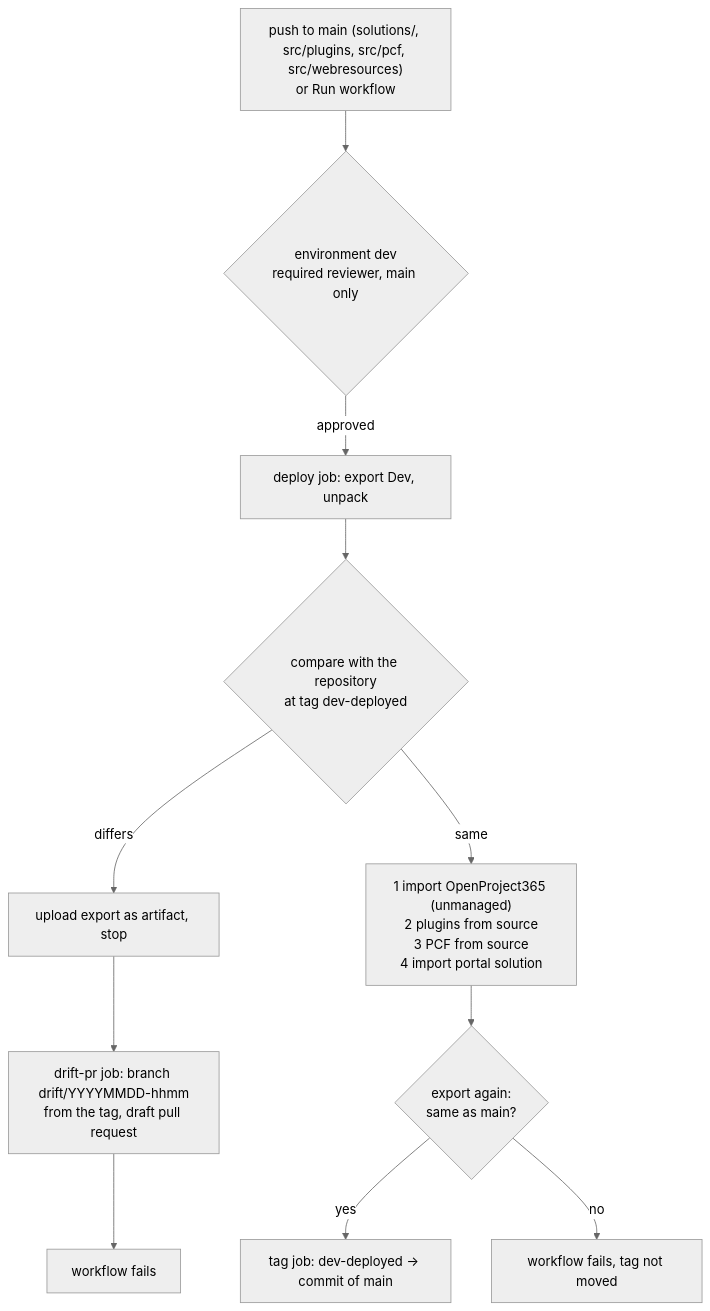
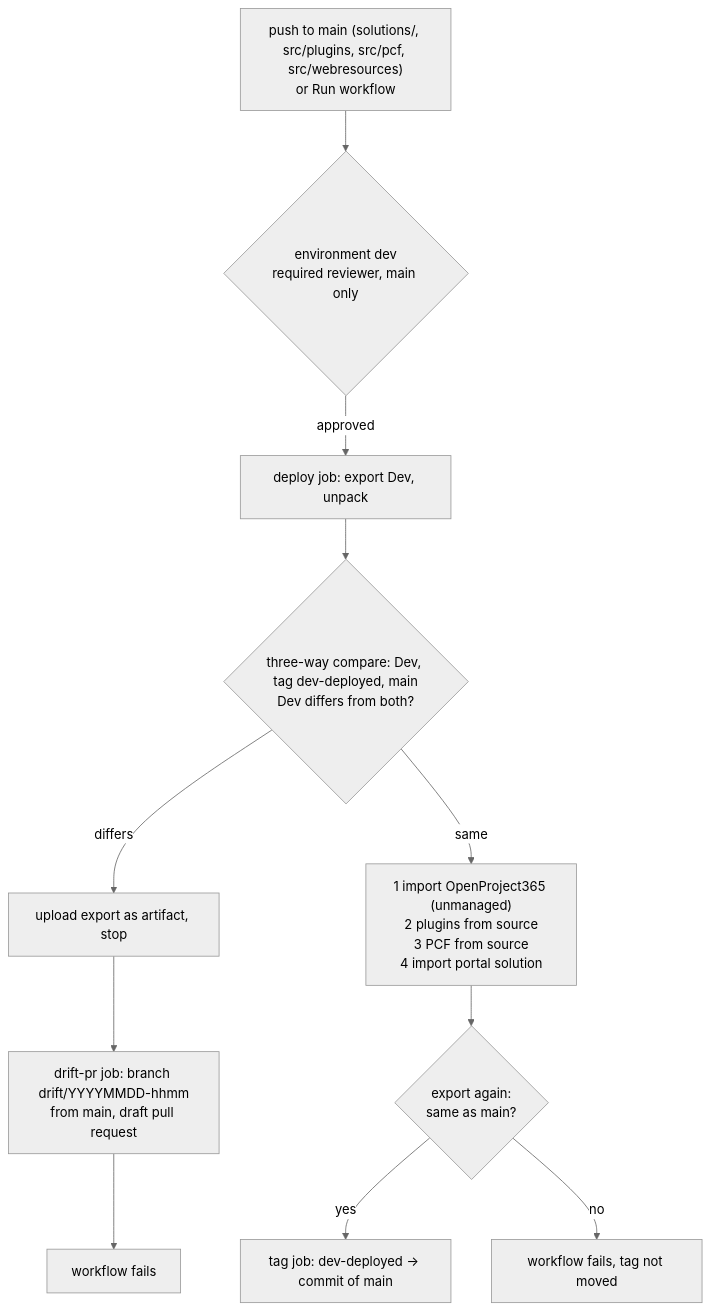
The diagram in docs/adr/0002-deploy-dev.md (Power-Builders-Italia/ProjectIQ), drawn with Mermaid (neutral theme) before and after one commit. The commit also changed other lines of this file and 4 other files, not shown here.

First line of the commit message:
deploy-dev: three-way drift check (Dev, tag dev-deployed, main) (#46)

````diff
--- a/docs/adr/0002-deploy-dev.md
+++ b/docs/adr/0002-deploy-dev.md
@@ -19,13 +19,13 @@
 ```mermaid
 flowchart TB
     T["push to main (solutions/, src/plugins, src/pcf, src/webresources)<br/>or Run workflow"] --> A{"environment dev<br/>required reviewer, main only"}
     A -->|approved| E["deploy job: export Dev, unpack"]
-    E --> C{"compare with the repository<br/>at tag dev-deployed"}
+    E --> C{"three-way compare: Dev, tag dev-deployed, main<br/>Dev differs from both?"}
     C -->|differs| S["upload export as artifact, stop"]
-    S --> P["drift-pr job: branch drift/YYYYMMDD-hhmm<br/>from the tag, draft pull request"]
+    S --> P["drift-pr job: branch drift/YYYYMMDD-hhmm<br/>from main, draft pull request"]
     P --> X["workflow fails"]
     C -->|same| I["1 import OpenProject365 (unmanaged)<br/>2 plugins from source<br/>3 PCF from source<br/>4 import portal solution"]
     I --> V{"export again:<br/>same as main?"}
     V -->|yes| G["tag job: dev-deployed → commit of main"]
     V -->|no| F["workflow fails, tag not moved"]
 ```
````
